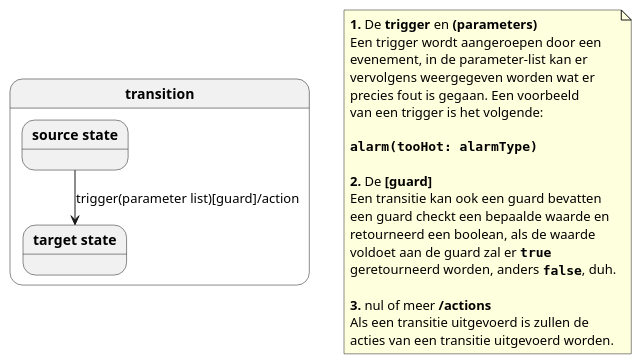
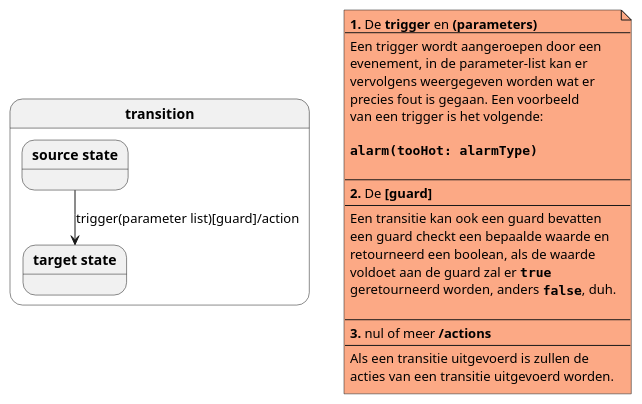
One commit to LukevLuijn/cheat_sheet_osm_mo changed the diagram in plantuml/state/transition_elements.puml. Above: the diagram before and after it, drawn with PlantUML. The commit also changed 52 other files, not shown here.

Commit message:
[cheat-sheet] added colors to all diagrams.

```diff
--- a/plantuml/state/transition_elements.puml
+++ b/plantuml/state/transition_elements.puml
@@ -1,72 +1,77 @@
 @startuml
 'https://plantuml.com/state-diagram
 
 state state_2 as "**transition**" {
     state state_0 as "**source state**"
     state state_1 as "**target state**"
 
     state_0 --> state_1 : trigger(parameter list)[guard]/action
 }
 
-note as n1
+note as n1 #FCA985
    **1.** De **trigger** en **(parameters)**
+   --
    Een trigger wordt aangeroepen door een
    evenement, in de parameter-list kan er
    vervolgens weergegeven worden wat er
    precies fout is gegaan. Een voorbeeld
    van een trigger is het volgende:
 
    **""alarm(tooHot: alarmType)""**
 
+   --
    **2.** De **[guard]**
+   --
    Een transitie kan ook een guard bevatten
    een guard checkt een bepaalde waarde en
    retourneerd een boolean, als de waarde
    voldoet aan de guard zal er **""true""**
    geretourneerd worden, anders **""false""**, duh.
 
+   --
    **3.** nul of meer **/actions**
+   --
    Als een transitie uitgevoerd is zullen de
    acties van een transitie uitgevoerd worden.
 end note
 
 
 
 
 'n1 -[hidden]left-> state_0
 'n3 -[hidden]left-> state_1
 
 'n1 -[hidden]up> n2
 'n2 -[hidden]> n3
 
 'additional hidden arrows remove the
 'arrows all together.
 'n1 -[hidden]down> n2
 'n2 -[hidden]down> n3
 
 
 
 'n1 -[hidden]-> state_0
 'n1 -[hidden]-> state_1
 
 'scale 350 width
 '[*] --> NotShooting
 '
 'state NotShooting {
 '  [*] --> Idle
 '  Idle --> Configuring : EvConfig
 '  Configuring --> Idle : EvConfig
 '}
 '
 'state Configuring {
 '  [*] --> NewValueSelection
 '  NewValueSelection --> NewValuePreview : EvNewValue
 '  NewValuePreview --> NewValueSelection : EvNewValueRejected
 '  NewValuePreview --> NewValueSelection : EvNewValueSaved
 '
 '  state NewValuePreview {
 '     State1 -> State2
 '  }
 '
 '}
 @enduml
```
